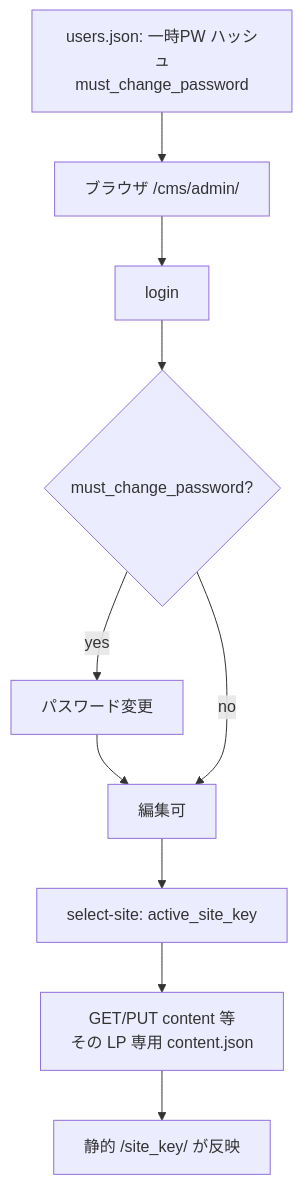
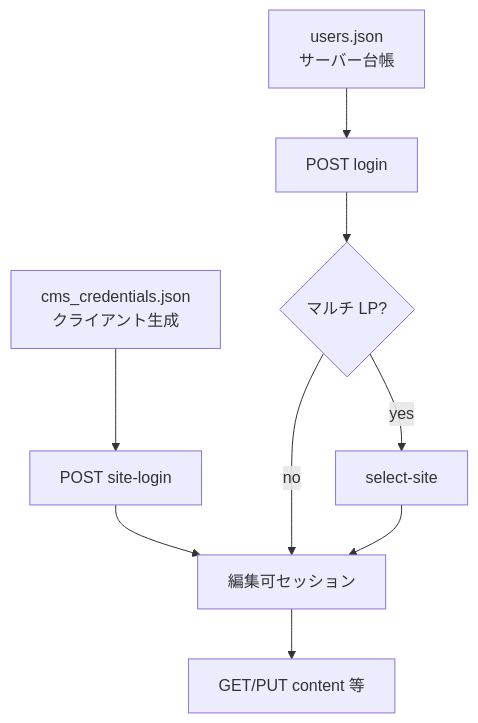
Before and after one commit to BinaryTraffic/page-builder: the third of 4 diagrams in CLIENT_SERVER_FLOWS.md, drawn with Mermaid. The commit also changed other lines of this file and 23 other files, not shown here.

First line of the commit message:
CMS: site-login + cms_credentials; align handover docs for server Cursor

````diff
--- a/CLIENT_SERVER_FLOWS.md
+++ b/CLIENT_SERVER_FLOWS.md
@@ -58,12 +63,11 @@
 ```mermaid
 flowchart TB
-  S0[users.json: 一時PW ハッシュ\nmust_change_password] --> S1[ブラウザ /cms/admin/]
-  S1 --> S2[login]
-  S2 --> S3{must_change_password?}
-  S3 -->|yes| S4[パスワード変更]
-  S4 --> S5[編集可]
-  S3 -->|no| S5
-  S5 --> S6[select-site: active_site_key]
-  S6 --> S7[GET/PUT content 等\nその LP 専用 content.json]
-  S7 --> S8[静的 /site_key/ が反映]
+  SA[cms_credentials.json\nクライアント生成] --> A1[POST site-login]
+  SB[users.json\nサーバー台帳] --> B1[POST login]
+  A1 --> E[編集可セッション]
+  B1 --> B2{マルチ LP?}
+  B2 -->|yes| B3[select-site]
+  B2 -->|no| E
+  B3 --> E
+  E --> C1[GET/PUT content 等]
 ```
````
